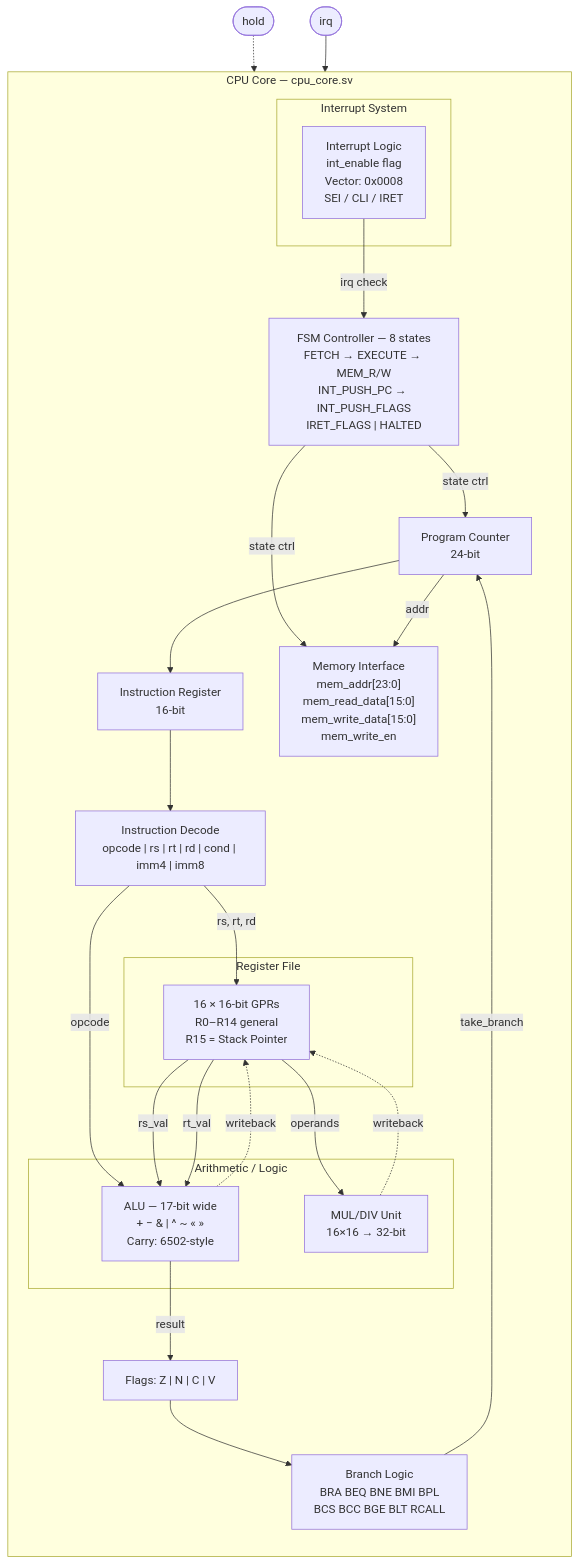
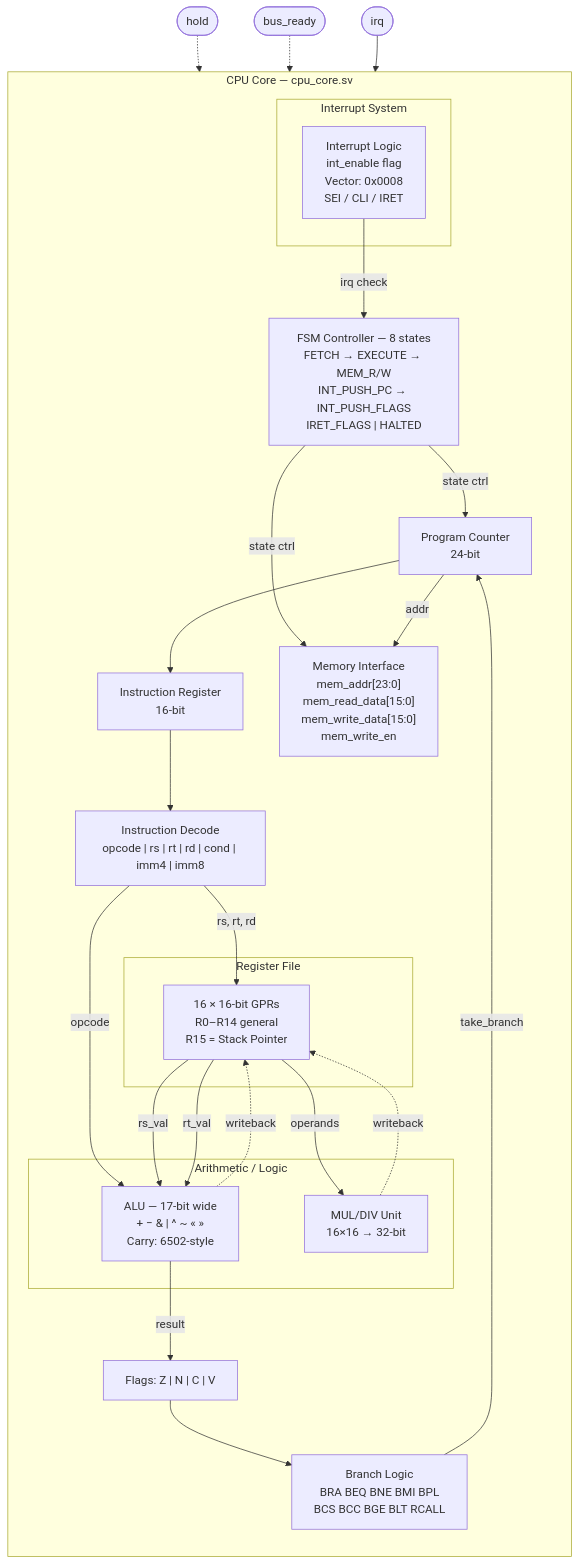
Before and after one commit to ellisgl/U1624: the first of 3 diagrams in README.md, drawn with Mermaid. The commit also changed other lines of this file and 3 other files, not shown here.

First line of the commit message:
Add bus_ready input for wait state support

````diff
--- a/README.md
+++ b/README.md
@@ -291,51 +305,52 @@
 ```mermaid
 graph TB
     subgraph core["CPU Core — cpu_core.sv"]
         direction TB
 
         PC["Program Counter\n24-bit"]
         IR["Instruction Register\n16-bit"]
         DEC["Instruction Decode\nopcode | rs | rt | rd | cond | imm4 | imm8"]
 
         subgraph regfile["Register File"]
             RF["16 × 16-bit GPRs\nR0–R14 general\nR15 = Stack Pointer"]
         end
 
         subgraph alu_block["Arithmetic / Logic"]
             ALU["ALU — 17-bit wide\n+ − & | ^ ~ « »\nCarry: 6502-style"]
             MULDIV["MUL/DIV Unit\n16×16 → 32-bit"]
         end
 
         FLAGS["Flags: Z | N | C | V"]
         BRANCH["Branch Logic\nBRA BEQ BNE BMI BPL\nBCS BCC BGE BLT RCALL"]
 
         subgraph interrupt["Interrupt System"]
             INT["Interrupt Logic\nint_enable flag\nVector: 0x0008\nSEI / CLI / IRET"]
         end
 
         FSM["FSM Controller — 8 states\nFETCH → EXECUTE → MEM_R/W\nINT_PUSH_PC → INT_PUSH_FLAGS\nIRET_FLAGS | HALTED"]
 
         MEM["Memory Interface\nmem_addr[23:0]\nmem_read_data[15:0]\nmem_write_data[15:0]\nmem_write_en"]
     end
 
     PC --> IR
     IR --> DEC
     DEC -->|"rs, rt, rd"| RF
     DEC -->|"opcode"| ALU
     RF -->|"rs_val"| ALU
     RF -->|"rt_val"| ALU
     RF -->|"operands"| MULDIV
     ALU -->|"result"| FLAGS
     ALU -.->|"writeback"| RF
     MULDIV -.->|"writeback"| RF
     FLAGS --> BRANCH
     BRANCH -->|"take_branch"| PC
     INT -->|"irq check"| FSM
     FSM -->|"state ctrl"| PC
     FSM -->|"state ctrl"| MEM
     PC -->|"addr"| MEM
 
     HOLD_IN(["hold"]) -.-> FSM
+    READY_IN(["bus_ready"]) -.-> FSM
 
     IRQ_IN(["irq"]) --> INT
 ```
````
